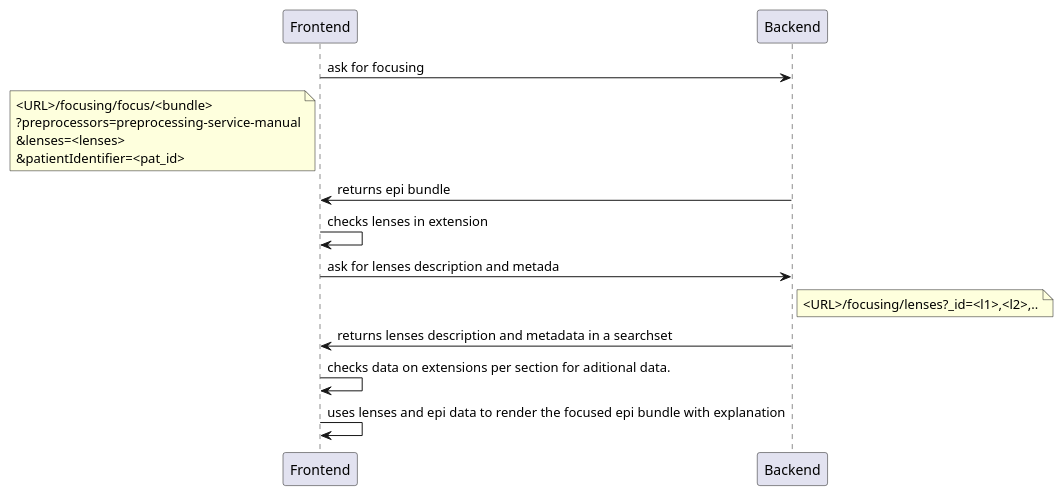
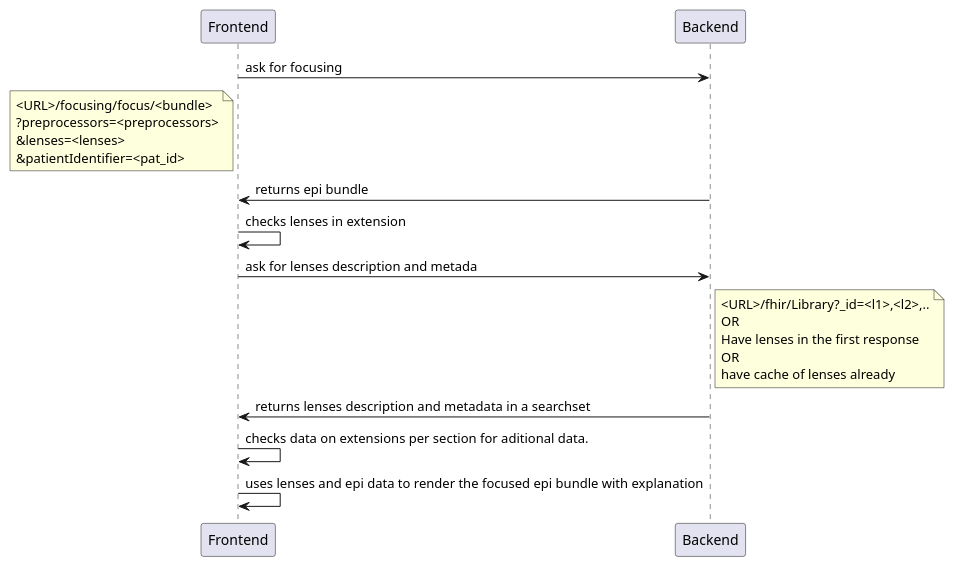
One commit to hl7-eu/gravitate-health changed the diagram in input/images-source/detail-focusing.plantuml. Above: the diagram before and after it, drawn with PlantUML. The commit also changed 3 other files, not shown here.

```diff
--- a/input/images-source/detail-focusing.plantuml
+++ b/input/images-source/detail-focusing.plantuml
@@ -1,28 +1,32 @@
 @startuml
 
 participant Frontend as fe
 participant Backend as be
 
 fe -> be: ask for focusing
 note left of fe
 <URL>/focusing/focus/<bundle>
-?preprocessors=preprocessing-service-manual
+?preprocessors=<preprocessors>
 &lenses=<lenses>
 &patientIdentifier=<pat_id>
 end note
 
 be -> fe: returns epi bundle
 
 fe -> fe: checks lenses in extension
 fe -> be: ask for lenses description and metada
 note right of be
-<URL>/focusing/lenses?_id=<l1>,<l2>,..
+<URL>/fhir/Library?_id=<l1>,<l2>,..
+OR 
+Have lenses in the first response
+OR
+have cache of lenses already
 end note
 be -> fe: returns lenses description and metadata in a searchset
 fe -> fe: checks data on extensions per section for aditional data.
 
 
 fe -> fe: uses lenses and epi data to render the focused epi bundle with explanation
 
 
 @enduml
```
